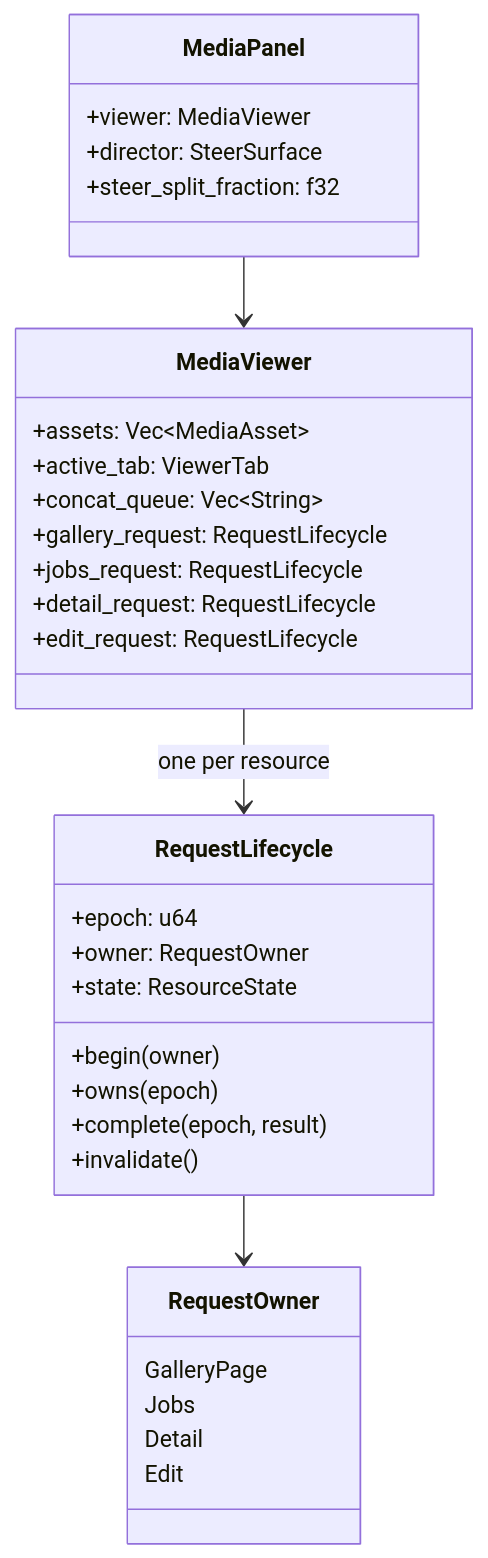
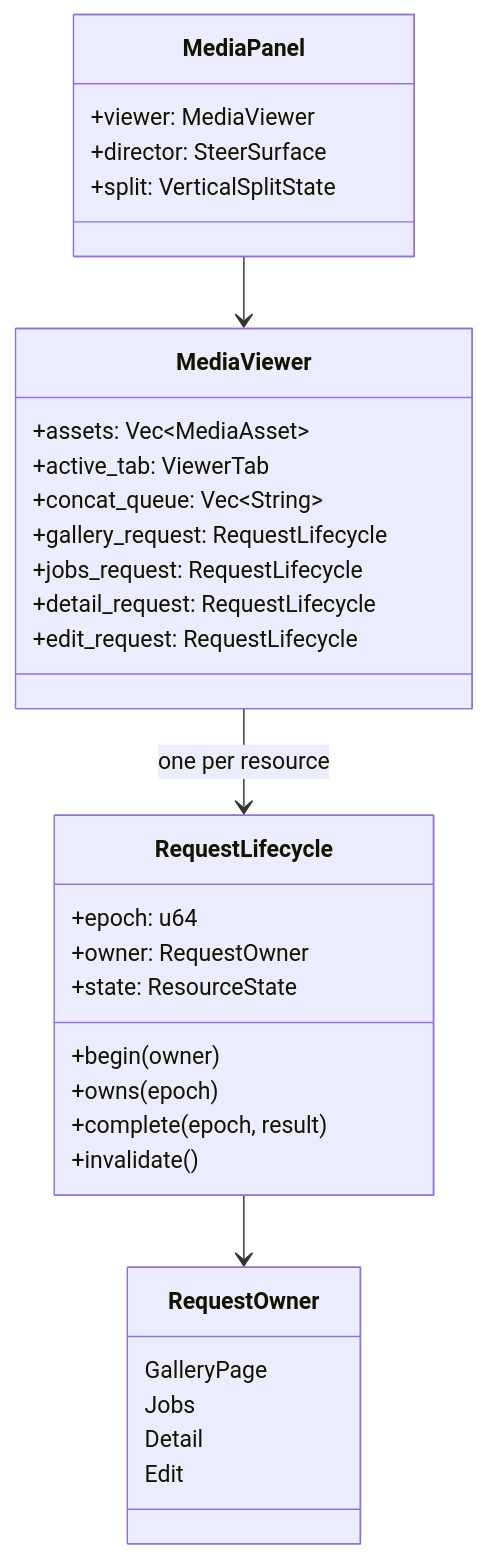
One commit to mdz-axo/zed-kask changed the first of 2 diagrams in kask/docs/diataxis/media_panel/reference.md. Above: the diagram before and after it, drawn with Mermaid. The commit also changed 16 other files, not shown here.

````diff
--- a/kask/docs/diataxis/media_panel/reference.md
+++ b/kask/docs/diataxis/media_panel/reference.md
@@ -20,35 +20,35 @@
 ```mermaid
 classDiagram
     class MediaPanel {
         +viewer: MediaViewer
         +director: SteerSurface
-        +steer_split_fraction: f32
+        +split: VerticalSplitState
     }
     class MediaViewer {
         +assets: Vec~MediaAsset~
         +active_tab: ViewerTab
         +concat_queue: Vec~String~
         +gallery_request: RequestLifecycle
         +jobs_request: RequestLifecycle
         +detail_request: RequestLifecycle
         +edit_request: RequestLifecycle
     }
     class RequestLifecycle {
         +epoch: u64
         +owner: RequestOwner
         +state: ResourceState
         +begin(owner)
         +owns(epoch)
         +complete(epoch, result)
         +invalidate()
     }
     class RequestOwner {
         GalleryPage
         Jobs
         Detail
         Edit
     }
     MediaPanel --> MediaViewer
     MediaViewer --> RequestLifecycle : one per resource
     RequestLifecycle --> RequestOwner
 ```
````
